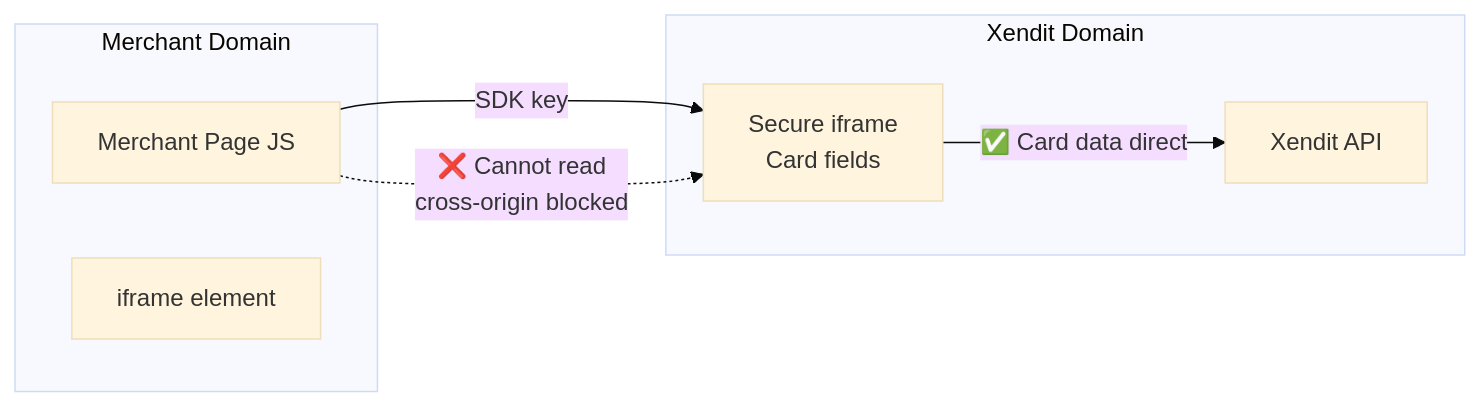
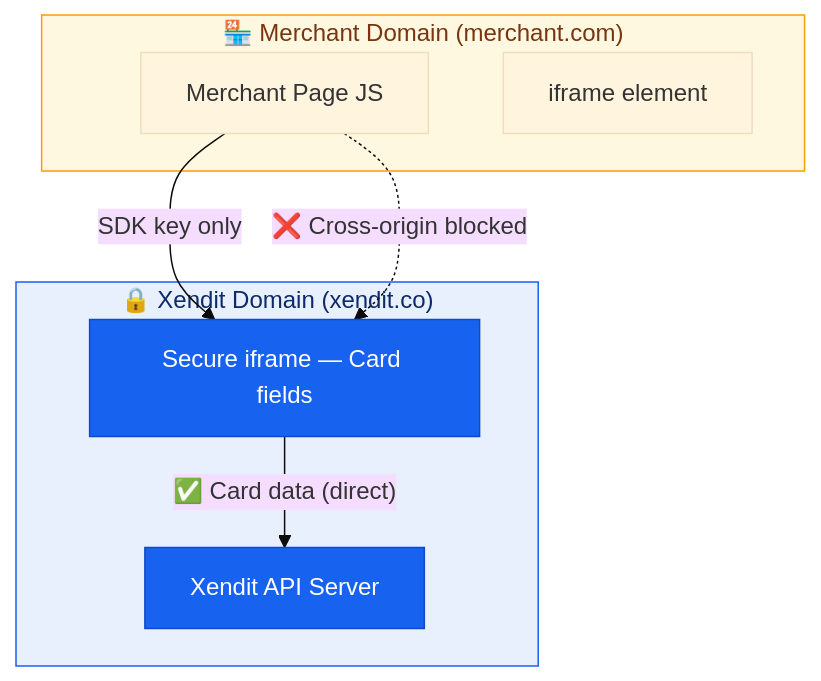
The diagram in content/08-security.md (sabiqovsky/clm-components-guide), drawn with Mermaid (base theme) before and after one commit. The commit also changed 10 other files, not shown here.

First line of the commit message:
fix: overhaul all Mermaid diagrams for WCAG contrast and readability

````diff
--- a/content/08-security.md
+++ b/content/08-security.md
@@ -11,16 +11,21 @@
 ```mermaid
-flowchart LR
-    subgraph Merchant["Merchant Domain"]
-        A[Merchant Page JS]
-        B[iframe element]
+flowchart TD
+    subgraph Merchant["🏪 Merchant Domain (merchant.com)"]
+        A["Merchant Page JS"]
+        B["iframe element"]
     end
 
-    subgraph Xendit["Xendit Domain"]
-        C[Secure iframe\nCard fields]
-        D[Xendit API]
+    subgraph XenditDomain["🔒 Xendit Domain (xendit.co)"]
+        C["Secure iframe — Card fields"]
+        D["Xendit API Server"]
     end
 
-    A -->|SDK key| C
-    A -. "❌ Cannot read\ncross-origin blocked" .-> C
-    C -->|"✅ Card data direct"| D
+    A -->|"SDK key only"| C
+    A -.->|"❌ Cross-origin blocked"| C
+    C -->|"✅ Card data (direct)"| D
+
+    style Merchant fill:#fff8e1,stroke:#f59e0b,color:#78350f
+    style XenditDomain fill:#e8f0fe,stroke:#1762ee,color:#0d2a6b
+    style C fill:#1762ee,stroke:#0f4bc4,color:#ffffff
+    style D fill:#1762ee,stroke:#0f4bc4,color:#ffffff
 ```
````
